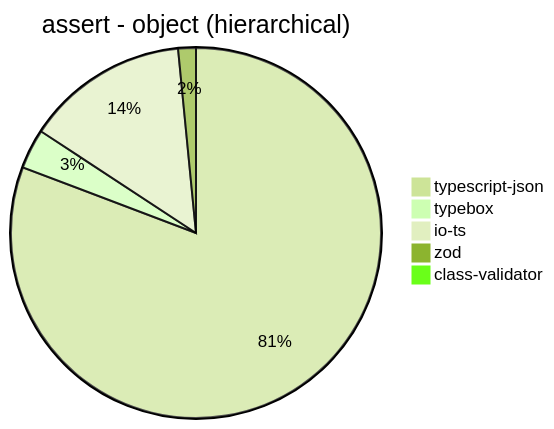
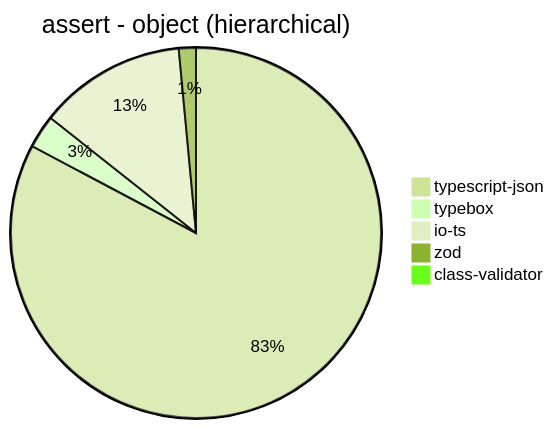
One commit to samchon/typia changed the ninth of 39 diagrams in benchmark/results/11th Gen Intel(R) Core(TM) i5-1135G7 @ 2.40GHz.md. Above: the diagram before and after it, drawn with Mermaid (forest theme). The commit also changed other lines of this file and 6 other files, not shown here.

````diff
--- a/benchmark/results/11th Gen Intel(R) Core(TM) i5-1135G7 @ 2.40GHz.md
+++ b/benchmark/results/11th Gen Intel(R) Core(TM) i5-1135G7 @ 2.40GHz.md
@@ -126,8 +126,8 @@
 ```mermaid
 pie title assert - object (hierarchical)
-  "typescript-json": 20567.39926739927
-  "typebox": 885.4494902687675
-  "io-ts": 3619.4043486205005
-  "zod": 393.910741301059
-  "class-validator": 61.81095246701608
+  "typescript-json": 21352.768070627182
+  "typebox": 747.4555804726583
+  "io-ts": 3317.1732239418234
+  "zod": 384.64398587097975
+  "class-validator": 62.14894002536691
 ```
````
